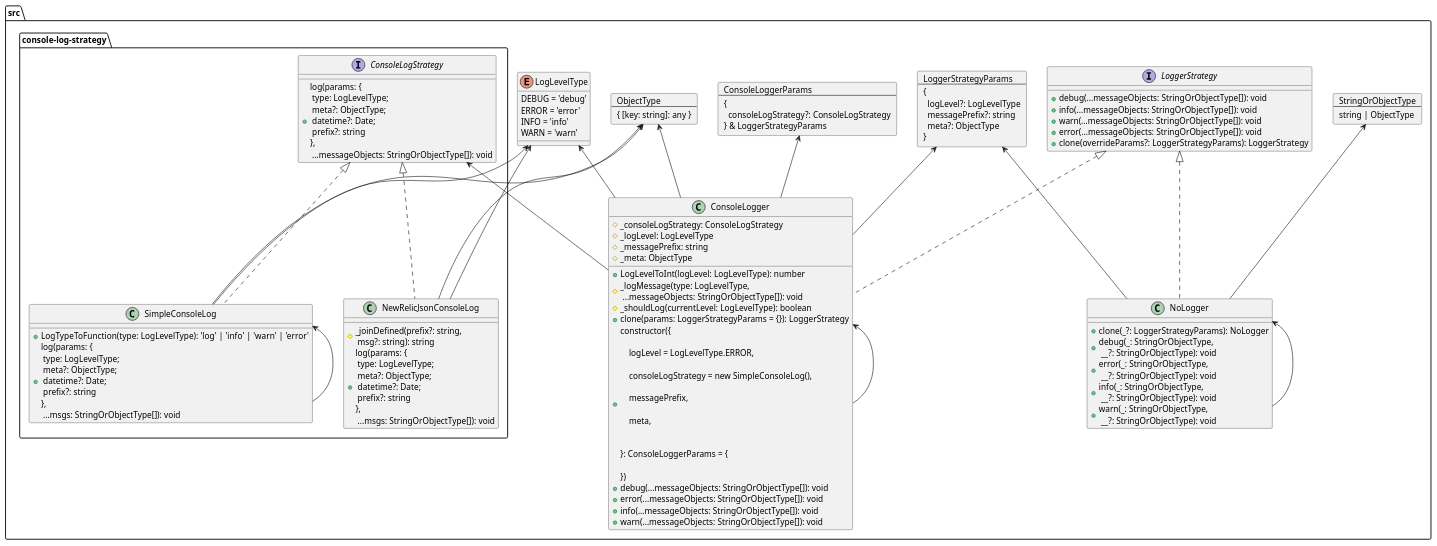
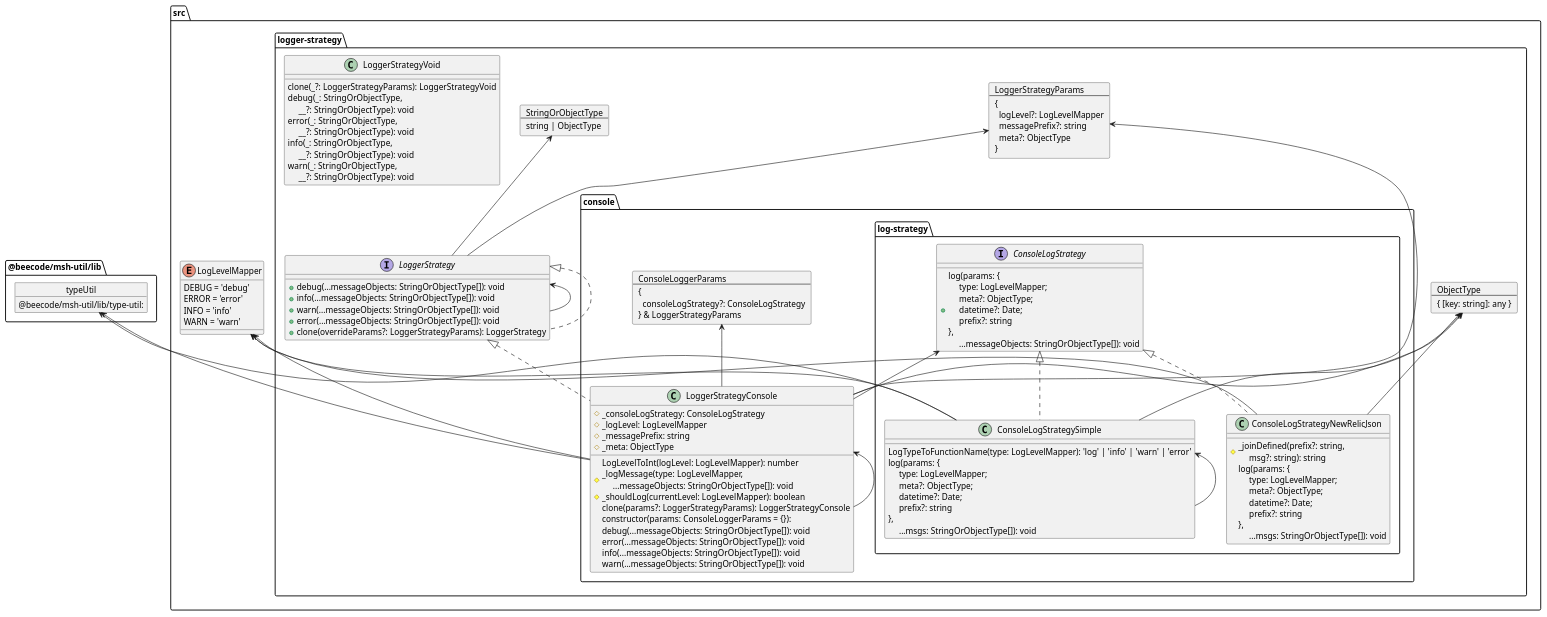
Before and after one commit to beecode-rs/msh-node-log: the diagram in resource/doc/vision/vision.puml, drawn with PlantUML. The commit also changed 148 other files, not shown here.

```diff
--- a/resource/doc/vision/vision.puml
+++ b/resource/doc/vision/vision.puml
@@ -1,96 +1,141 @@
 @startuml
-    folder "src" as src_b874d07 {
-      card console_logger_params_d9ae554f [
-        ConsoleLoggerParams
-        ---
-        {
-          consoleLogStrategy?: ConsoleLogStrategy
-        } & LoggerStrategyParams
-      ]
-      class "ConsoleLogger" as console_logger_d9ae554f {
-        + LogLevelToInt(logLevel: LogLevelType): number
-        # _consoleLogStrategy: ConsoleLogStrategy
-        # _logLevel: LogLevelType
-        # _logMessage(type: LogLevelType,\n ...messageObjects: StringOrObjectType[]): void
-        # _messagePrefix: string
-        # _meta: ObjectType
-        # _shouldLog(currentLevel: LogLevelType): boolean
-        + clone(params: LoggerStrategyParams = {}): LoggerStrategy
-       + constructor({\n\n    logLevel = LogLevelType.ERROR,\n\n    consoleLogStrategy = new SimpleConsoleLog(),\n\n    messagePrefix,\n\n    meta,\n\n  \n}: ConsoleLoggerParams = {\n\n})
-        + debug(...messageObjects: StringOrObjectType[]): void
-        + error(...messageObjects: StringOrObjectType[]): void
-        + info(...messageObjects: StringOrObjectType[]): void
-        + warn(...messageObjects: StringOrObjectType[]): void
-      }
-      enum "LogLevelType" as log_level_type_94add8b {
+    folder "src" as src_7c70edc8 {
+      enum "LogLevelMapper" as log_level_mapper_d3d8c568 {
         DEBUG = 'debug'
         ERROR = 'error'
         INFO = 'info'
         WARN = 'warn'
       }
-      card object_type_765b9703 [
-        ObjectType
-        ---
-        { [key: string]: any }
-      ]
-      card string_or_object_type_765b9703 [
-        StringOrObjectType
-        ---
-        string | ObjectType
-      ]
-      card logger_strategy_params_765b9703 [
-        LoggerStrategyParams
-        ---
-        {
-          logLevel?: LogLevelType
-          messagePrefix?: string
-          meta?: ObjectType
+'      object "LoggerStrategyParams" as logger_strategy_params_47299faa {
+'          src/logger-strategy:
+'      }
+'      object "StringOrObjectType" as string_or_object_type_47299faa {
+'          src/logger-strategy:
+'      }
+'      object "LoggerStrategy" as logger_strategy_47299faa {
+'          src/logger-strategy:
+'      }
+'      object "LogLevelMapper" as log_level_mapper_8623b021 {
+'          src/log-level-mapper:
+'      }
+'      object "ObjectType" as object_type_47299faa {
+'          src/logger-strategy:
+'      }
+      folder "logger-strategy" as logger_strategy_2c5d94c5 {
+        class "LoggerStrategyVoid" as logger_strategy_void_9618f938 {
+            clone(_?: LoggerStrategyParams): LoggerStrategyVoid
+            debug(_: StringOrObjectType,\n     __?: StringOrObjectType): void
+            error(_: StringOrObjectType,\n     __?: StringOrObjectType): void
+            info(_: StringOrObjectType,\n     __?: StringOrObjectType): void
+            warn(_: StringOrObjectType,\n     __?: StringOrObjectType): void
         }
-      ]
-      interface "LoggerStrategy" as logger_strategy_765b9703 {
-        + debug(...messageObjects: StringOrObjectType[]): void
-        + info(...messageObjects: StringOrObjectType[]): void
-        + warn(...messageObjects: StringOrObjectType[]): void
-        + error(...messageObjects: StringOrObjectType[]): void
-        + clone(overrideParams?: LoggerStrategyParams): LoggerStrategy
-      }
-      class "NoLogger" as no_logger_efb5639 {
-        + clone(_?: LoggerStrategyParams): NoLogger
-        + debug(_: StringOrObjectType,\n __?: StringOrObjectType): void
-        + error(_: StringOrObjectType,\n __?: StringOrObjectType): void
-        + info(_: StringOrObjectType,\n __?: StringOrObjectType): void
-        + warn(_: StringOrObjectType,\n __?: StringOrObjectType): void
-      }
-      folder "console-log-strategy" as console_log_strategy_5838fe20 {
-        interface "ConsoleLogStrategy" as console_log_strategy_7d0f5d8e {
-          + log(params: {\n type: LogLevelType;\n meta?: ObjectType;\n datetime?: Date;\n prefix?: string \n},\n ...messageObjects: StringOrObjectType[]): void
+        card object_type_6ce23852 [
+          ObjectType
+          ---
+          { [key: string]: any }
+        ]
+        card string_or_object_type_6ce23852 [
+          StringOrObjectType
+          ---
+          string | ObjectType
+        ]
+        card logger_strategy_params_6ce23852 [
+          LoggerStrategyParams
+          ---
+          {
+            logLevel?: LogLevelMapper
+            messagePrefix?: string
+            meta?: ObjectType
+          }
+        ]
+        interface "LoggerStrategy" as logger_strategy_6ce23852 {
+          +  debug(...messageObjects: StringOrObjectType[]): void
+          +  info(...messageObjects: StringOrObjectType[]): void
+          +  warn(...messageObjects: StringOrObjectType[]): void
+          +  error(...messageObjects: StringOrObjectType[]): void
+          +  clone(overrideParams?: LoggerStrategyParams): LoggerStrategy
         }
-        class "NewRelicJsonConsoleLog" as new_relic_json_console_log_cea23840 {
-          # _joinDefined(prefix?: string,\n msg?: string): string
-          + log(params: {\n type: LogLevelType;\n meta?: ObjectType;\n datetime?: Date;\n prefix?: string \n},\n ...msgs: StringOrObjectType[]): void
-        }
-        class "SimpleConsoleLog" as simple_console_log_8617eebb {
-          + LogTypeToFunction(type: LogLevelType): 'log' | 'info' | 'warn' | 'error'
-          + log(params: {\n type: LogLevelType;\n meta?: ObjectType;\n datetime?: Date;\n prefix?: string \n},\n ...msgs: StringOrObjectType[]): void
+        folder "console" as console_933e5ffd {
+          card console_logger_params_e43a732a [
+            ConsoleLoggerParams
+            ---
+            {
+              consoleLogStrategy?: ConsoleLogStrategy
+            } & LoggerStrategyParams
+          ]
+          class "LoggerStrategyConsole" as logger_strategy_console_e43a732a {
+              LogLevelToInt(logLevel: LogLevelMapper): number
+            #  _consoleLogStrategy: ConsoleLogStrategy
+            #  _logLevel: LogLevelMapper
+            #  _logMessage(type: LogLevelMapper,\n     ...messageObjects: StringOrObjectType[]): void
+            #  _messagePrefix: string
+            #  _meta: ObjectType
+            #  _shouldLog(currentLevel: LogLevelMapper): boolean
+              clone(params?: LoggerStrategyParams): LoggerStrategyConsole
+              constructor(params: ConsoleLoggerParams = {}):
+              debug(...messageObjects: StringOrObjectType[]): void
+              error(...messageObjects: StringOrObjectType[]): void
+              info(...messageObjects: StringOrObjectType[]): void
+              warn(...messageObjects: StringOrObjectType[]): void
+          }
+'          object "ConsoleLogStrategy" as console_log_strategy_d0d70d4f {
+'              src/logger-strategy/console/log-strategy:
+'          }
+          folder "log-strategy" as log_strategy_ebb8b700 {
+            class "ConsoleLogStrategySimple" as console_log_strategy_simple_3f5f1de7 {
+                LogTypeToFunctionName(type: LogLevelMapper): 'log' | 'info' | 'warn' | 'error'
+                log(params: {\n     type: LogLevelMapper;\n     meta?: ObjectType;\n     datetime?: Date;\n     prefix?: string \n},\n     ...msgs: StringOrObjectType[]): void
+            }
+            class "ConsoleLogStrategyNewRelicJson" as console_log_strategy_new_relic_json_a992bd1c {
+              #  _joinDefined(prefix?: string,\n     msg?: string): string
+                log(params: {\n     type: LogLevelMapper;\n     meta?: ObjectType;\n     datetime?: Date;\n     prefix?: string \n},\n     ...msgs: StringOrObjectType[]): void
+            }
+            interface "ConsoleLogStrategy" as console_log_strategy_c357dab7 {
+              +  log(params: {\n     type: LogLevelMapper;\n     meta?: ObjectType;\n     datetime?: Date;\n     prefix?: string \n},\n     ...messageObjects: StringOrObjectType[]): void
+            }
+
+          }
         }
       }
     }
-  new_relic_json_console_log_cea23840 -up-> log_level_type_94add8b
-  new_relic_json_console_log_cea23840 -up-> object_type_765b9703
-  new_relic_json_console_log_cea23840 .up.|> console_log_strategy_7d0f5d8e
-  simple_console_log_8617eebb -up-> log_level_type_94add8b
-  simple_console_log_8617eebb -up-> object_type_765b9703
-  simple_console_log_8617eebb -up-> simple_console_log_8617eebb
-  simple_console_log_8617eebb .up.|> console_log_strategy_7d0f5d8e
-  console_logger_d9ae554f -up-> console_log_strategy_7d0f5d8e
-  console_logger_d9ae554f -up-> log_level_type_94add8b
-  console_logger_d9ae554f -up-> logger_strategy_params_765b9703
-  console_logger_d9ae554f -up-> object_type_765b9703
-  console_logger_d9ae554f -up-> console_logger_params_d9ae554f
-  console_logger_d9ae554f -up-> console_logger_d9ae554f
-  console_logger_d9ae554f .up.|> logger_strategy_765b9703
-  no_logger_efb5639 -up-> logger_strategy_params_765b9703
-  no_logger_efb5639 -up-> string_or_object_type_765b9703
-  no_logger_efb5639 -up-> no_logger_efb5639
-  no_logger_efb5639 .up.|> logger_strategy_765b9703
+    folder "@beecode/msh-util/lib" as beecode_msh_util_lib_4da8041d {
+      object "typeUtil" as type_util_2269edcc {
+          @beecode/msh-util/lib/type-util:
+      }
+
+    }
+
+  logger_strategy_6ce23852 -up-> logger_strategy_params_6ce23852
+  logger_strategy_6ce23852 -up-> string_or_object_type_6ce23852
+  logger_strategy_6ce23852 -up-> logger_strategy_6ce23852
+  logger_strategy_6ce23852 .up.|> logger_strategy_6ce23852
+
+
+
+
+
+  logger_strategy_console_e43a732a -up-> type_util_2269edcc
+  logger_strategy_console_e43a732a -up-> log_level_mapper_d3d8c568
+  logger_strategy_console_e43a732a -up-> logger_strategy_params_6ce23852
+  logger_strategy_console_e43a732a -up-> object_type_6ce23852
+  logger_strategy_console_e43a732a -up-> console_log_strategy_c357dab7
+  logger_strategy_console_e43a732a -up-> console_logger_params_e43a732a
+  logger_strategy_console_e43a732a -up-> logger_strategy_console_e43a732a
+  logger_strategy_console_e43a732a .up.|> logger_strategy_6ce23852
+  console_log_strategy_simple_3f5f1de7 -up-> type_util_2269edcc
+  console_log_strategy_simple_3f5f1de7 -up-> log_level_mapper_d3d8c568
+  console_log_strategy_simple_3f5f1de7 -up-> object_type_6ce23852
+  console_log_strategy_simple_3f5f1de7 -up-> console_log_strategy_simple_3f5f1de7
+  console_log_strategy_simple_3f5f1de7 .up.|> console_log_strategy_c357dab7
+  console_log_strategy_new_relic_json_a992bd1c -up-> log_level_mapper_d3d8c568
+  console_log_strategy_new_relic_json_a992bd1c -up-> object_type_6ce23852
+  console_log_strategy_new_relic_json_a992bd1c .up.|> console_log_strategy_c357dab7
+
+
+
+
+
+
+
+
 @enduml
```
